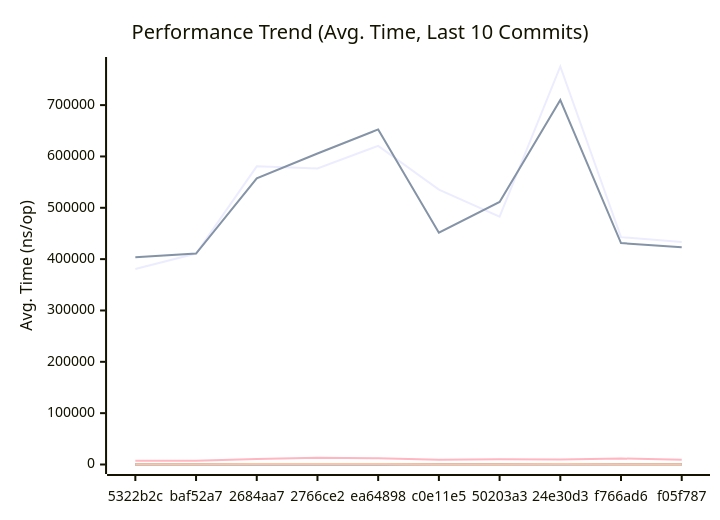
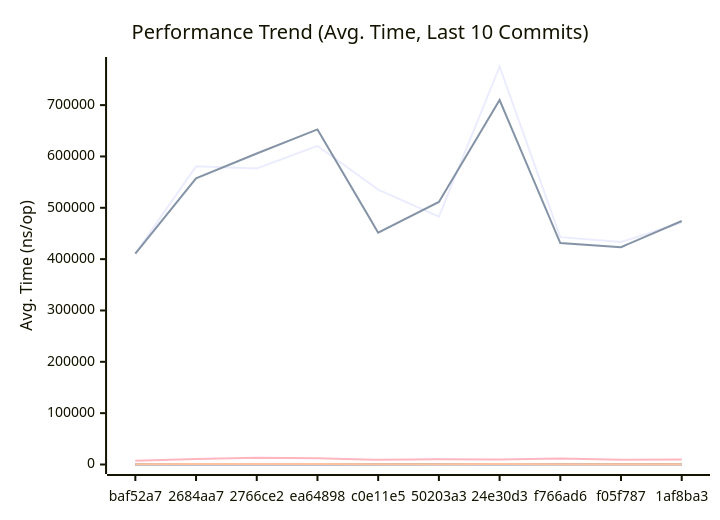
One commit to alsotoes/momo changed the first of 3 diagrams in docs/PERFORMANCE.md. Above: the diagram before and after it, drawn with Mermaid. The commit also changed other lines of this file and 2 other files, not shown here.

First line of the commit message:
fix(gc): log ts.Delete failures in tombstone sweep (#637)

````diff
--- a/docs/PERFORMANCE.md
+++ b/docs/PERFORMANCE.md
@@ -145,20 +145,20 @@
 ```mermaid
 xychart-beta
     title "Performance Trend (Avg. Time, Last 10 Commits)"
     x-axis "Commit"
     y-axis "Avg. Time (ns/op)"
-    x-axis [5322b2c,baf52a7,2684aa7,2766ce2,ea64898,c0e11e5,50203a3,24e30d3,f766ad6,f05f787]
-    line "AWSChunkedReaderSigned" [380899,410944,580705,576464,620631,535526,482680,775197,442836,433269]
-    line "AWSChunkedReaderUnsigned" [403705,410907,557512,605728,652637,451534,511362,709921,431233,423356]
-    line "CheckMetricsAndSwap" [9,7,10,11,10,9,10,9,8,8]
-    line "CrushOptimized" [296,264,368,415,420,335,311,403,380,323]
-    line "CrushOriginal" [375,370,598,664,874,456,584,546,566,539]
-    line "IndexDirectTracking" [0,0,0,0,0,1,0,0,0,0]
-    line "IndexSearch" [3,3,3,4,3,3,3,3,3,3]
-    line "LoadGlobalConfig" [7234,7096,10842,13042,12014,9184,10419,9722,11718,9120]
-    line "PadString" [35,34,55,63,56,46,48,53,45,44]
+    x-axis [baf52a7,2684aa7,2766ce2,ea64898,c0e11e5,50203a3,24e30d3,f766ad6,f05f787,1af8ba3]
+    line "AWSChunkedReaderSigned" [410944,580705,576464,620631,535526,482680,775197,442836,433269,471486]
+    line "AWSChunkedReaderUnsigned" [410907,557512,605728,652637,451534,511362,709921,431233,423356,474357]
+    line "CheckMetricsAndSwap" [7,10,11,10,9,10,9,8,8,8]
+    line "CrushOptimized" [264,368,415,420,335,311,403,380,323,350]
+    line "CrushOriginal" [370,598,664,874,456,584,546,566,539,458]
+    line "IndexDirectTracking" [0,0,0,0,1,0,0,0,0,0]
+    line "IndexSearch" [3,3,4,3,3,3,3,3,3,3]
+    line "LoadGlobalConfig" [7096,10842,13042,12014,9184,10419,9722,11718,9120,9517]
+    line "PadString" [34,55,63,56,46,48,53,45,44,44]
     line "ParseReplicationOrder_NoPrealloc" [350,349,357,354,345,225,229,165,232,234]
     line "ParseReplicationOrder_Prealloc" [229,231,237,234,229,108,107,80,110,109]
-    line "SanitizeLog/Safe" [398,379,530,569,614,504,554,457,620,444]
-    line "SanitizeLog/Unsafe" [482,537,734,816,804,636,638,832,535,520]
+    line "SanitizeLog/Safe" [379,530,569,614,504,554,457,620,444,474]
+    line "SanitizeLog/Unsafe" [537,734,816,804,636,638,832,535,520,580]
 ```
````
